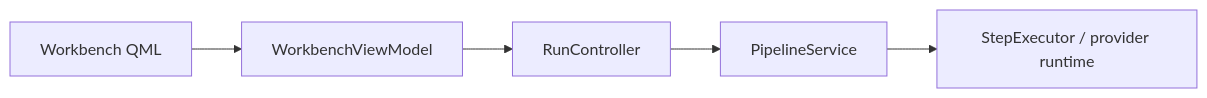
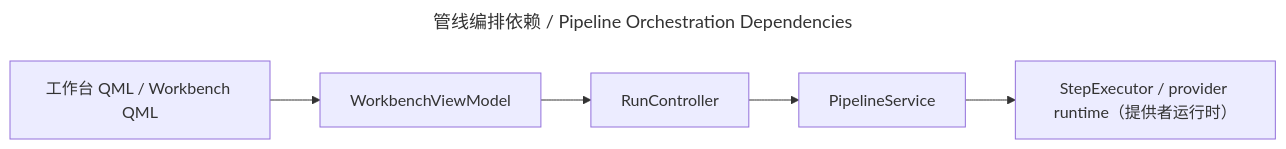
The diagram in wiki/codewiki/pipeline_orchestration.md (peakwheat-pixel/New-Manga), drawn with Mermaid before and after one commit. The commit also changed 16 other files, not shown here.

Commit message:
docs: apply bilingual diagram policy to CodeWiki diagrams

````diff
--- a/wiki/codewiki/pipeline_orchestration.md
+++ b/wiki/codewiki/pipeline_orchestration.md
@@ -35,7 +35,10 @@
 ```mermaid
+---
+title: 管线编排依赖 / Pipeline Orchestration Dependencies
+---
 flowchart LR
-    QML["Workbench QML"] --> VM["WorkbenchViewModel"]
+    QML["工作台 QML / Workbench QML"] --> VM["WorkbenchViewModel"]
     VM --> RUN["RunController"]
     RUN --> PIPE["PipelineService"]
-    PIPE --> EXEC["StepExecutor / provider runtime"]
+    PIPE --> EXEC["StepExecutor / provider runtime（提供者运行时）"]
 ```
````
